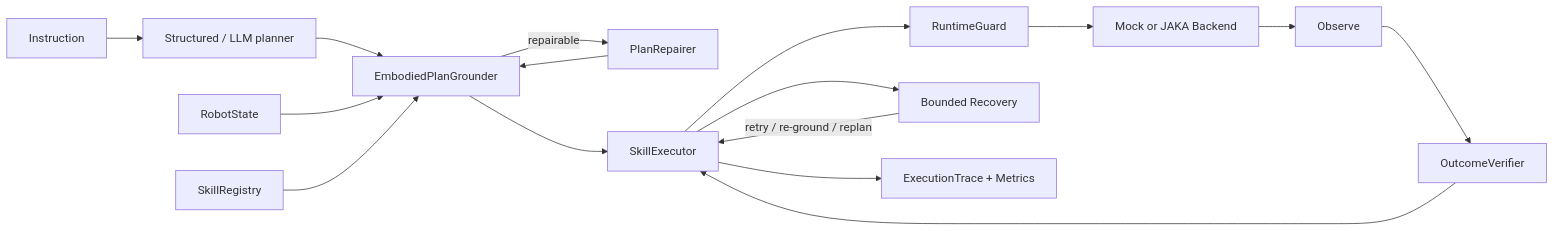
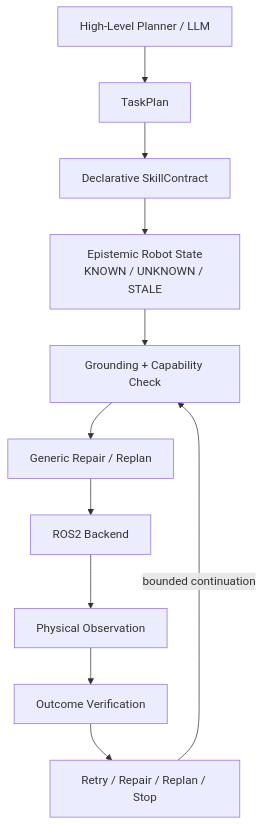
One commit to tonyl1angyoko-alt/EmbodiedSkill-ROS changed the diagram in README.md. Above: the diagram before and after it, drawn with Mermaid. The commit also changed other lines of this file, not shown here.

````diff
--- a/README.md
+++ b/README.md
@@ -40,18 +65,13 @@
 ```mermaid
-flowchart LR
-    U["Instruction"] --> P["Structured / LLM planner"]
-    P --> G["EmbodiedPlanGrounder"]
-    S["RobotState"] --> G
-    R["SkillRegistry"] --> G
-    G -->|repairable| PR["PlanRepairer"]
-    PR --> G
-    G --> E["SkillExecutor"]
-    E --> RG["RuntimeGuard"]
-    RG --> B["Mock or JAKA Backend"]
-    B --> O["Observe"]
-    O --> V["OutcomeVerifier"]
-    V --> E
-    E --> RC["Bounded Recovery"]
-    RC -->|retry / re-ground / replan| E
-    E --> T["ExecutionTrace + Metrics"]
+flowchart TD
+    P["High-Level Planner / LLM"] --> TP["TaskPlan"]
+    TP --> SC["Declarative SkillContract"]
+    SC --> ES["Epistemic Robot State<br/>KNOWN / UNKNOWN / STALE"]
+    ES --> GC["Grounding + Capability Check"]
+    GC --> RR["Generic Repair / Replan"]
+    RR --> RB["ROS2 Backend"]
+    RB --> PO["Physical Observation"]
+    PO --> OV["Outcome Verification"]
+    OV --> D["Retry / Repair / Replan / Stop"]
+    D -->|bounded continuation| GC
 ```
````
